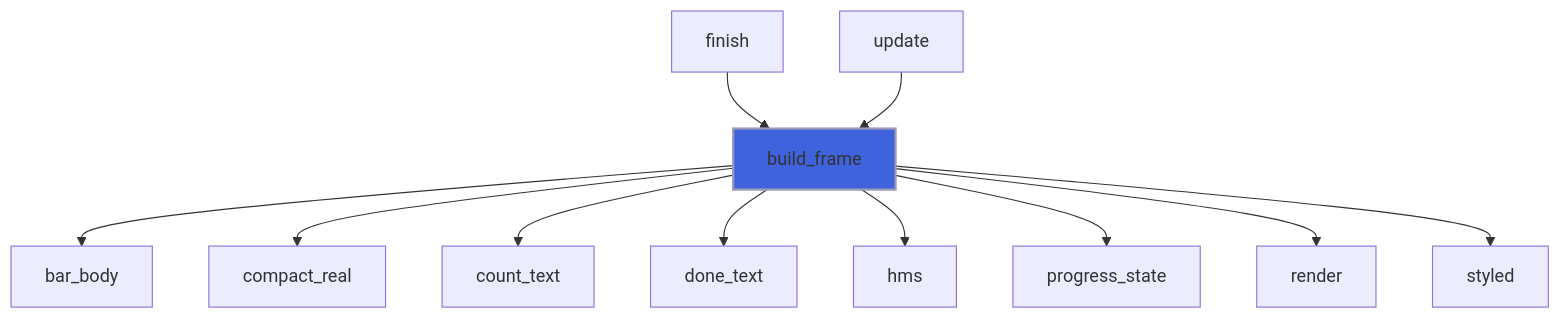
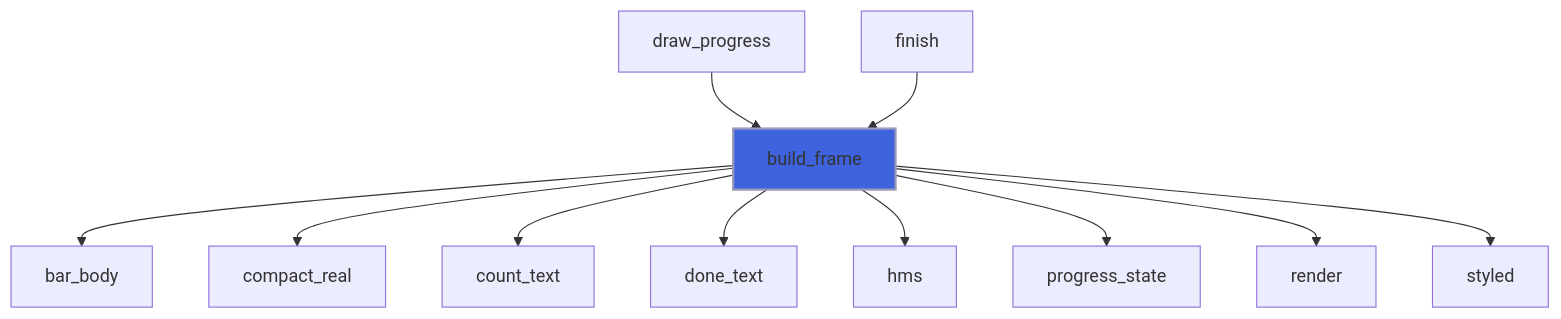
The tenth of 35 diagrams in docs/api/src/lib/forbear_bar_object.md (szaghi/forbear), drawn with Mermaid before and after one commit. The commit also changed other lines of this file and 26 other files, not shown here.

````diff
--- a/docs/api/src/lib/forbear_bar_object.md
+++ b/docs/api/src/lib/forbear_bar_object.md
@@ -440,14 +504,14 @@
 ```mermaid
 flowchart TD
+  draw_progress["draw_progress"] --> build_frame["build_frame"]
   finish["finish"] --> build_frame["build_frame"]
-  update["update"] --> build_frame["build_frame"]
   build_frame["build_frame"] --> bar_body["bar_body"]
   build_frame["build_frame"] --> compact_real["compact_real"]
   build_frame["build_frame"] --> count_text["count_text"]
   build_frame["build_frame"] --> done_text["done_text"]
   build_frame["build_frame"] --> hms["hms"]
   build_frame["build_frame"] --> progress_state["progress_state"]
   build_frame["build_frame"] --> render["render"]
   build_frame["build_frame"] --> styled["styled"]
   style build_frame fill:#3e63dd,stroke:#99b,stroke-width:2px
 ```
````
